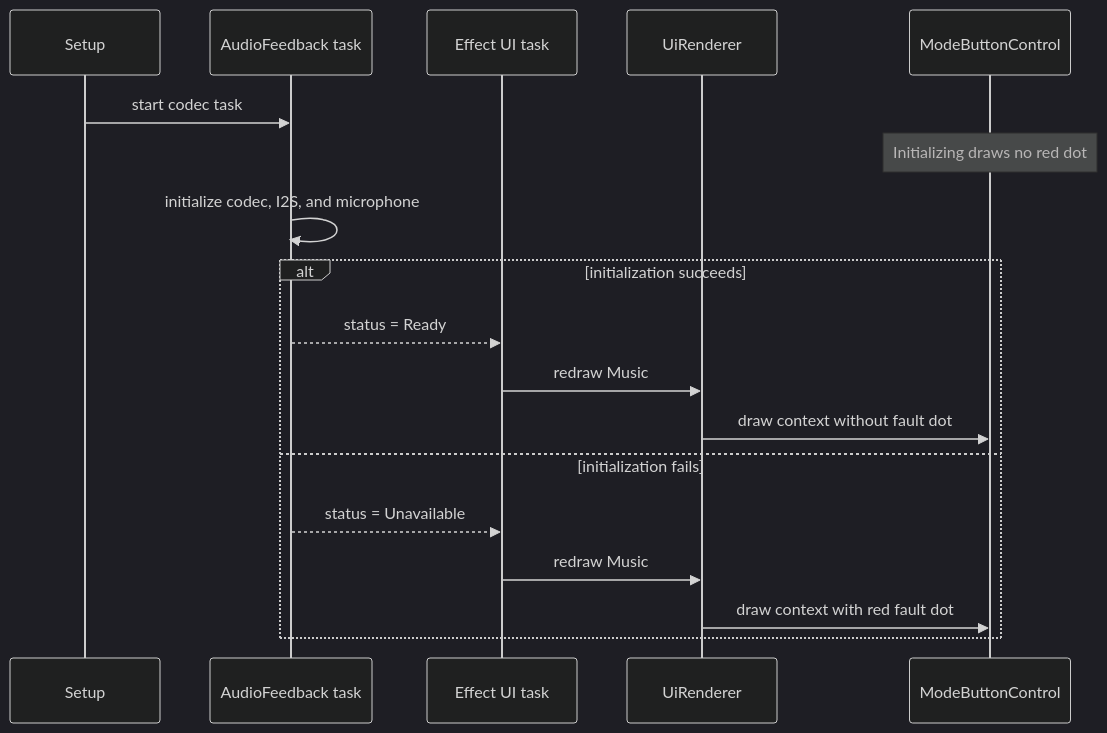
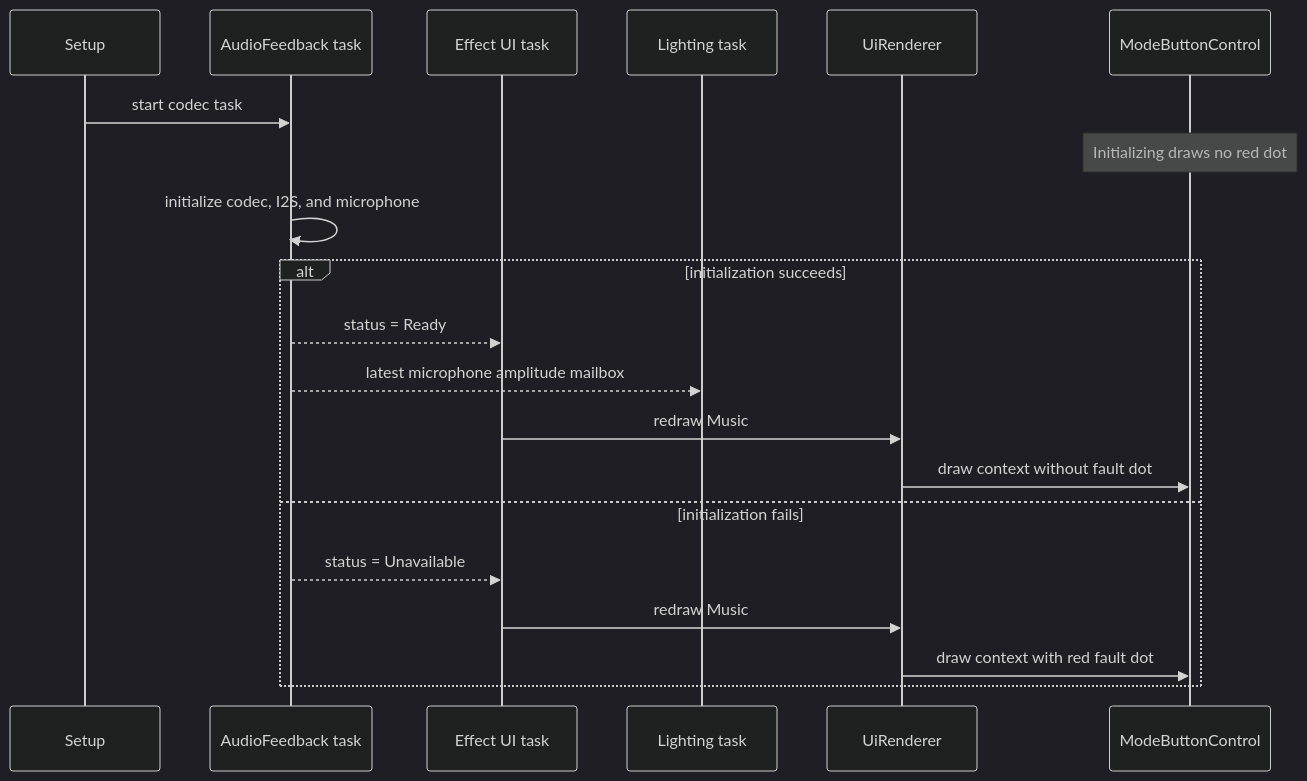
Before and after one commit to noelanderson/color-controller: the ninth of 10 diagrams in docs/ux-interaction-and-class-diagrams.md, drawn with Mermaid (dark theme). The commit also changed other lines of this file and 28 other files, not shown here.

````diff
--- a/docs/ux-interaction-and-class-diagrams.md
+++ b/docs/ux-interaction-and-class-diagrams.md
@@ -239,22 +266,24 @@
 ```mermaid
 sequenceDiagram
     participant Setup
     participant Audio as AudioFeedback task
     participant UI as Effect UI task
+    participant Lighting as Lighting task
     participant Renderer as UiRenderer
     participant Music as ModeButtonControl
 
     Setup->>Audio: start codec task
     Note over Music: Initializing draws no red dot
     Audio->>Audio: initialize codec, I2S, and microphone
 
     alt initialization succeeds
         Audio-->>UI: status = Ready
+        Audio-->>Lighting: latest microphone amplitude mailbox
         UI->>Renderer: redraw Music
         Renderer->>Music: draw context without fault dot
     else initialization fails
         Audio-->>UI: status = Unavailable
         UI->>Renderer: redraw Music
         Renderer->>Music: draw context with red fault dot
     end
 ```
````
